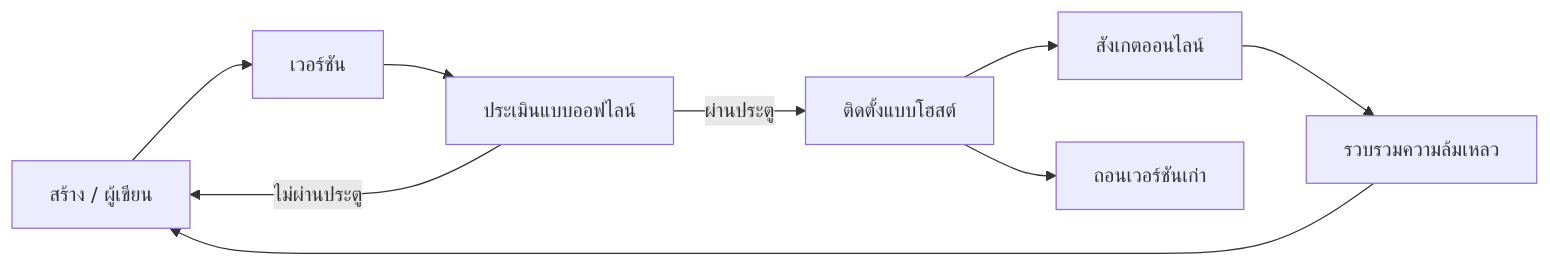
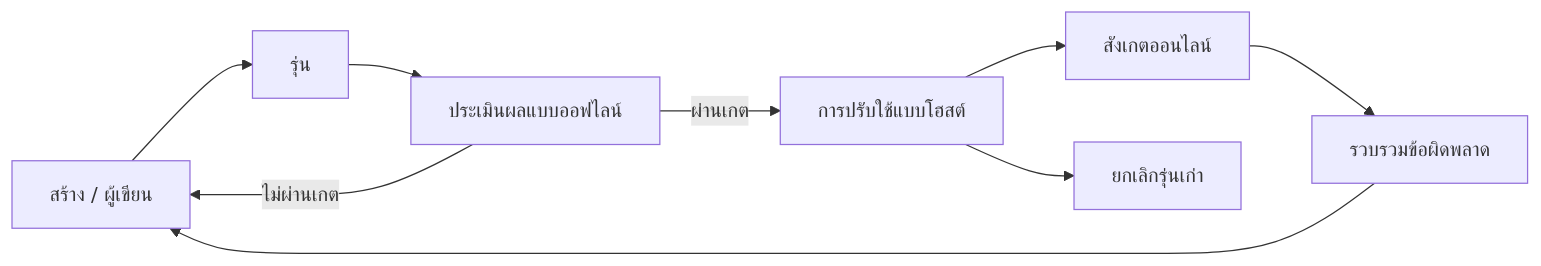
The second of 4 diagrams in mirrors/repos/microsoft@ai-agents-for-beginners/translations/th/16-deploying-scalable-agents/README.md (gabrielmoreira/agent-skills-mirror), drawn with Mermaid before and after one commit. The commit also changed other lines of this file and 4262 other files, not shown here.

````diff
--- a/mirrors/repos/microsoft@ai-agents-for-beginners/translations/th/16-deploying-scalable-agents/README.md
+++ b/mirrors/repos/microsoft@ai-agents-for-beginners/translations/th/16-deploying-scalable-agents/README.md
@@ -108,11 +108,11 @@
 ```mermaid
 flowchart LR
-    Create[สร้าง / ผู้เขียน] --> Version[เวอร์ชัน]
-    Version --> Evaluate[ประเมินแบบออฟไลน์]
-    Evaluate -->|ผ่านประตู| Deploy[ติดตั้งแบบโฮสต์]
-    Evaluate -->|ไม่ผ่านประตู| Create
+    Create[สร้าง / ผู้เขียน] --> Version[รุ่น]
+    Version --> Evaluate[ประเมินผลแบบออฟไลน์]
+    Evaluate -->|ผ่านเกต| Deploy[การปรับใช้แบบโฮสต์]
+    Evaluate -->|ไม่ผ่านเกต| Create
     Deploy --> Observe[สังเกตออนไลน์]
-    Observe --> Improve[รวบรวมความล้มเหลว]
+    Observe --> Improve[รวบรวมข้อผิดพลาด]
     Improve --> Create
-    Deploy --> Retire[ถอนเวอร์ชันเก่า]
+    Deploy --> Retire[ยกเลิกรุ่นเก่า]
 ```
````
